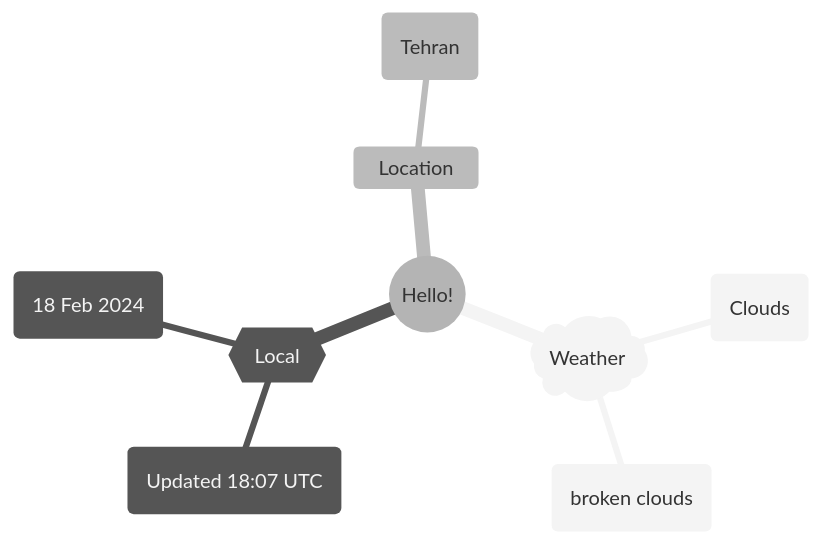
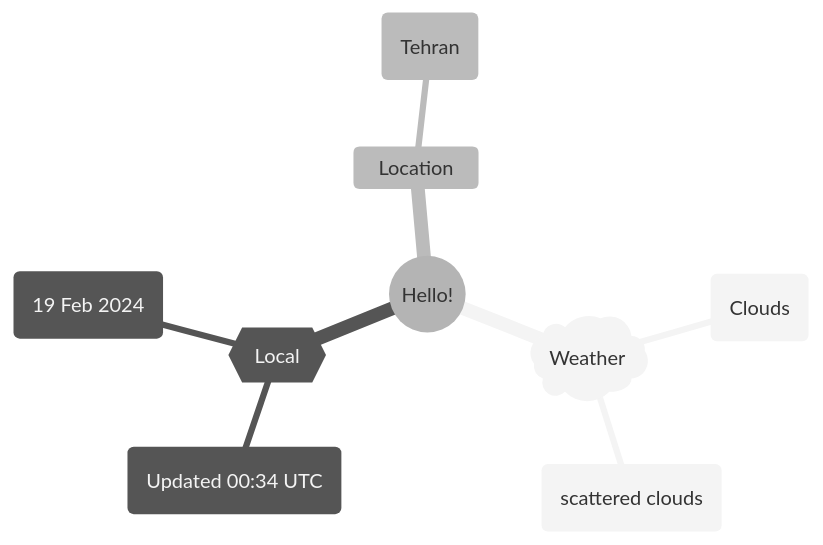
The first of 2 diagrams in README.md (Xosrov/Xosrov), drawn with Mermaid (neutral theme) before and after one commit.

Commit message:
[bot] updated images

````diff
--- a/README.md
+++ b/README.md
@@ -3,12 +3,12 @@
 ```mermaid
 mindmap
   root((Hello!))
     )Weather(
         (Clouds)
-        (broken clouds)
+        (scattered clouds)
     {{Local}}
-        (Updated 18:07 UTC)
-        (18 Feb 2024)
+        (Updated 00:34 UTC)
+        (19 Feb 2024)
     Location
         (Tehran)
 ```
````
